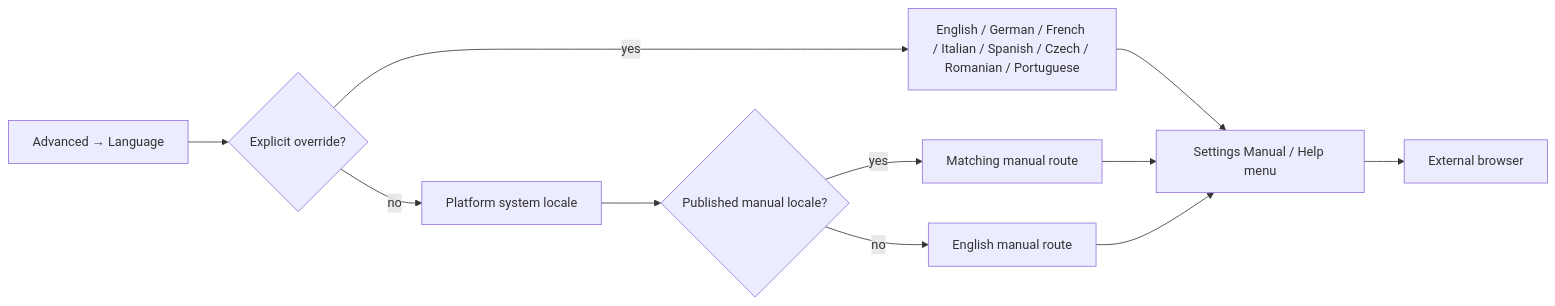
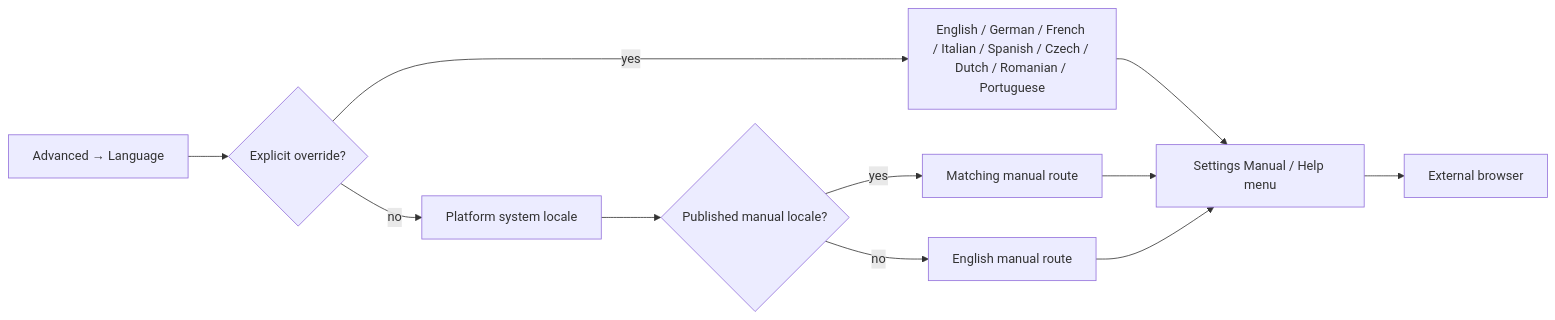
The seventh of 8 diagrams in lib/features/settings/README.md (matthiasn/lotti), drawn with Mermaid before and after one commit. The commit also changed other lines of this file and 81 other files, not shown here.

````diff
--- a/lib/features/settings/README.md
+++ b/lib/features/settings/README.md
@@ -592,13 +592,13 @@
 ```mermaid
 flowchart LR
   Choice["Advanced → Language"] --> Preference{"Explicit override?"}
-  Preference -->|yes| Override["English / German / French / Italian / Spanish / Czech / Romanian / Portuguese"]
+  Preference -->|yes| Override["English / German / French / Italian / Spanish / Czech / Dutch / Romanian / Portuguese"]
   Preference -->|no| System["Platform system locale"]
   System --> Catalog{"Published manual locale?"}
   Catalog -->|yes| Matched["Matching manual route"]
   Catalog -->|no| English["English manual route"]
   Override --> ManualLink["Settings Manual / Help menu"]
   Matched --> ManualLink
   English --> ManualLink
   ManualLink --> Browser["External browser"]
 ```
````
